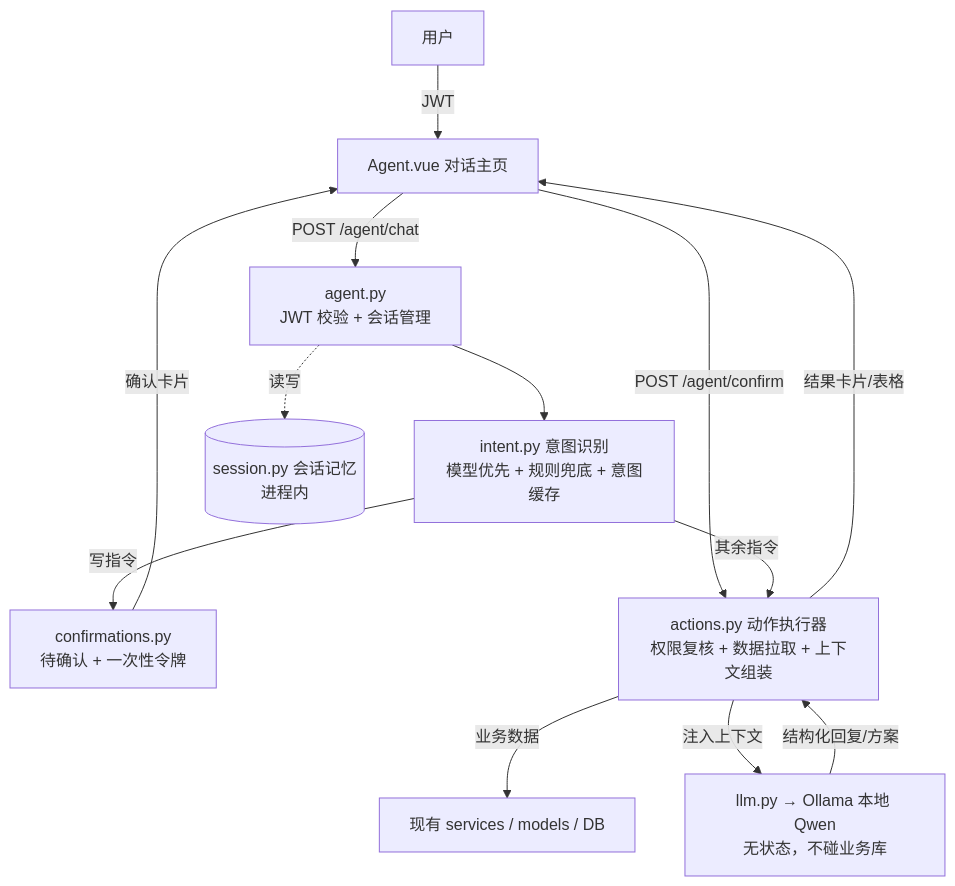
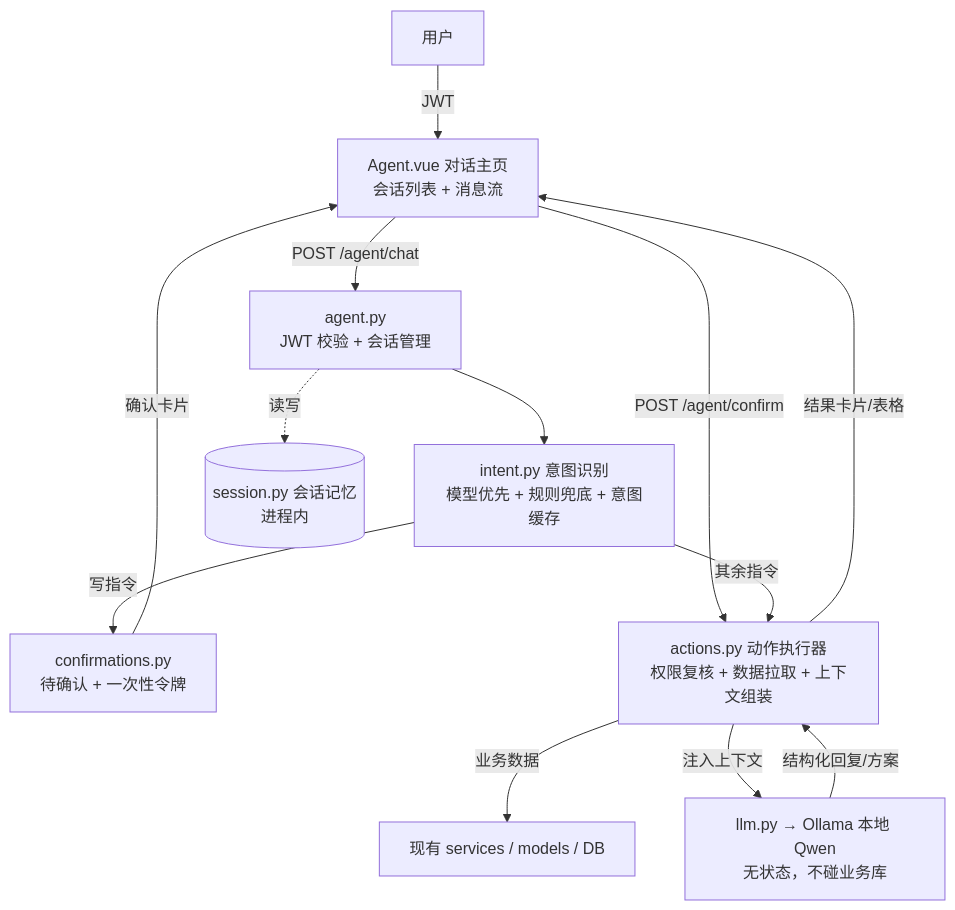
One commit to zhongli20061006/daxuezhongheguanlixitong changed the first of 2 diagrams in docs/superpowers/specs/2026-08-02-agent-assistant-design.md. Above: the diagram before and after it, drawn with Mermaid. The commit also changed other lines of this file, not shown here.

Commit message:
docs(agent): add multi-session windows and context budget strategy

````diff
--- a/docs/superpowers/specs/2026-08-02-agent-assistant-design.md
+++ b/docs/superpowers/specs/2026-08-02-agent-assistant-design.md
@@ -33,15 +33,15 @@
 ```mermaid
 flowchart TB
-    U[用户] -->|JWT| V[Agent.vue 对话主页]
+    U[用户] -->|JWT| V[Agent.vue 对话主页<br/>会话列表 + 消息流]
     V -->|POST /agent/chat| R[agent.py<br/>JWT 校验 + 会话管理]
     R --> I[intent.py 意图识别<br/>模型优先 + 规则兜底 + 意图缓存]
     I -->|写指令| C[confirmations.py<br/>待确认 + 一次性令牌]
     C -->|确认卡片| V
     V -->|POST /agent/confirm| A
     I -->|其余指令| A[actions.py 动作执行器<br/>权限复核 + 数据拉取 + 上下文组装]
     A -->|业务数据| S[现有 services / models / DB]
     A -->|注入上下文| L[llm.py → Ollama 本地 Qwen<br/>无状态，不碰业务库]
     L -->|结构化回复/方案| A
     A -->|结果卡片/表格| V
     R -.读写.-> M[(session.py 会话记忆<br/>进程内)]
 ```
````
